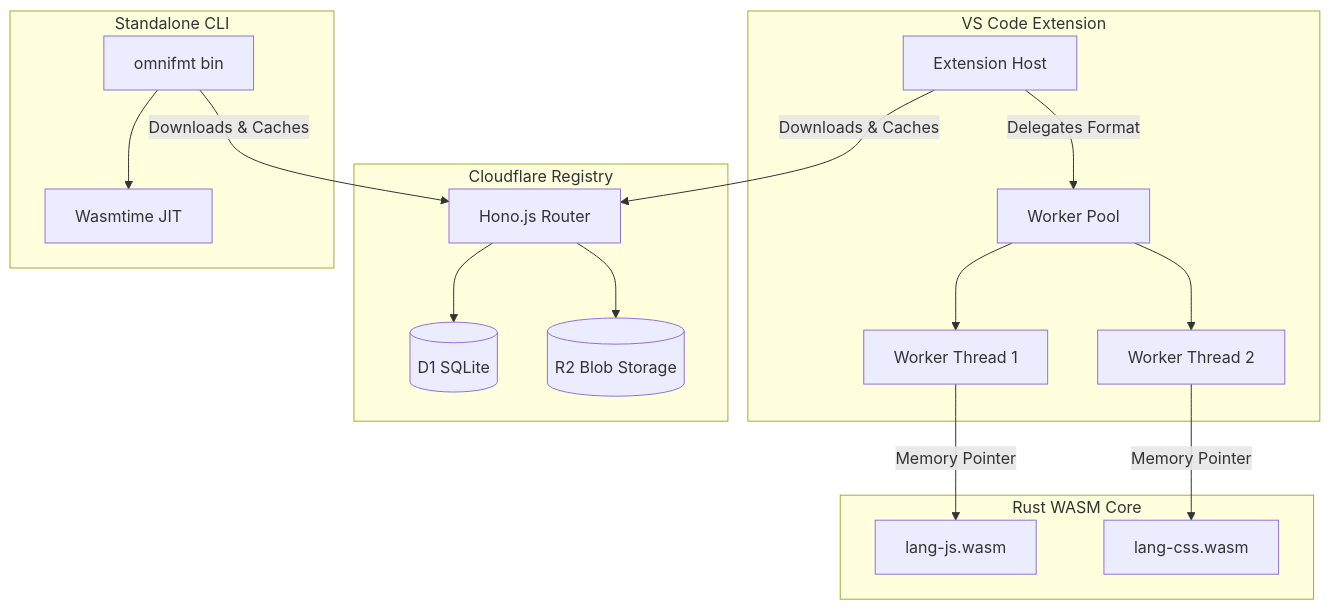
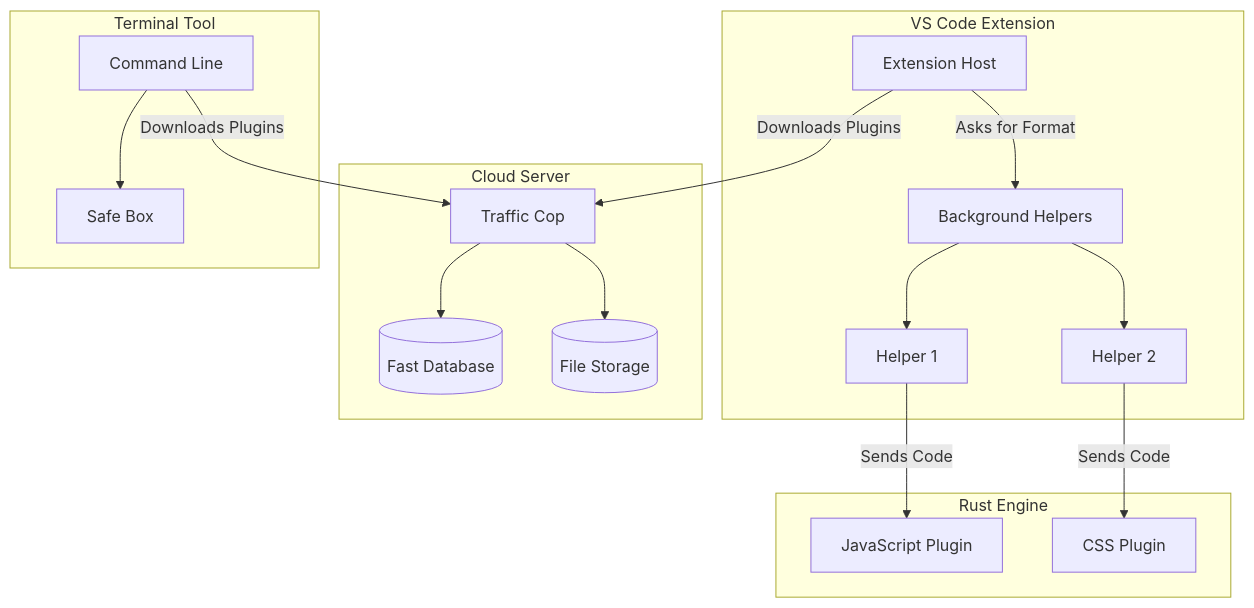
Before and after one commit to Abdu1-Ahd/Omni-Formatter: the diagram in docs/ARCHITECTURE.md, drawn with Mermaid. The commit also changed other lines of this file and 6 other files, not shown here.

````diff
--- a/docs/ARCHITECTURE.md
+++ b/docs/ARCHITECTURE.md
@@ -21,36 +20,36 @@
 ```mermaid
 flowchart TD
     subgraph Extension[VS Code Extension]
         Host[Extension Host]
-        WorkerPool[Worker Pool]
-        Worker1[Worker Thread 1]
-        Worker2[Worker Thread 2]
-        Host -->|Delegates Format| WorkerPool
+        WorkerPool[Background Helpers]
+        Worker1[Helper 1]
+        Worker2[Helper 2]
+        Host -->|Asks for Format| WorkerPool
         WorkerPool --> Worker1
         WorkerPool --> Worker2
     end
 
-    subgraph Core[Rust WASM Core]
-        ModuleJS[lang-js.wasm]
-        ModuleCSS[lang-css.wasm]
-        Worker1 -->|Memory Pointer| ModuleJS
-        Worker2 -->|Memory Pointer| ModuleCSS
+    subgraph Core[Rust Engine]
+        ModuleJS[JavaScript Plugin]
+        ModuleCSS[CSS Plugin]
+        Worker1 -->|Sends Code| ModuleJS
+        Worker2 -->|Sends Code| ModuleCSS
     end
 
-    subgraph Network[Cloudflare Registry]
-        Hono[Hono.js Router]
-        D1[(D1 SQLite)]
-        R2[(R2 Blob Storage)]
+    subgraph Network[Cloud Server]
+        Hono[Traffic Cop]
+        D1[(Fast Database)]
+        R2[(File Storage)]
         Hono --> D1
         Hono --> R2
     end
 
-    subgraph CLI[Standalone CLI]
-        Wasmtime[Wasmtime JIT]
-        Native[omnifmt bin]
+    subgraph CLI[Terminal Tool]
+        Wasmtime[Safe Box]
+        Native[Command Line]
         Native --> Wasmtime
     end
 
-    Host -->|Downloads & Caches| Hono
-    Native -->|Downloads & Caches| Hono
+    Host -->|Downloads Plugins| Hono
+    Native -->|Downloads Plugins| Hono
 ```
````
